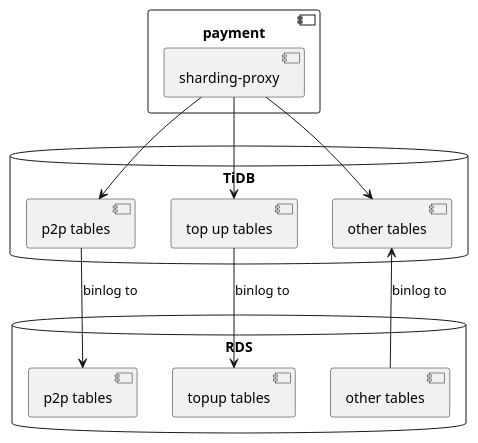
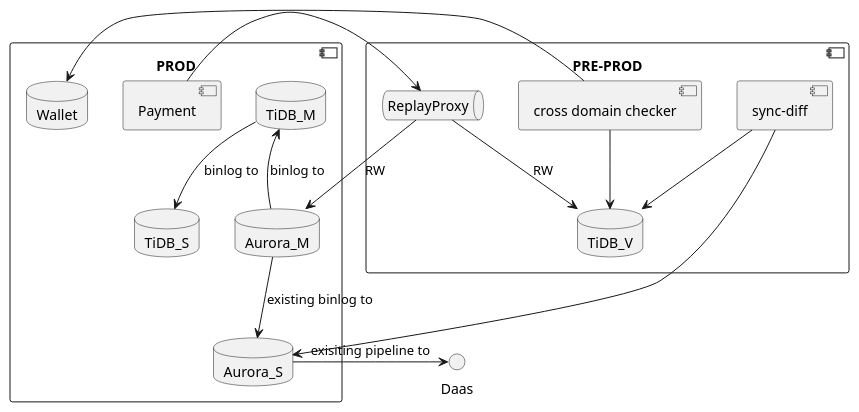
One commit to george24601/notes changed the first of 9 diagrams in mgmt/plan.plantuml. Above: the diagram before and after it, drawn with PlantUML. The commit also changed other lines of this file and 9 other files, not shown here.

```diff
--- a/mgmt/plan.plantuml
+++ b/mgmt/plan.plantuml
@@ -26,26 +1,35 @@
 @startuml
 
-database RDS {
-[p2p tables]
-[topup tables]
-[other tables]
+component [PROD]{
+database Aurora_M
+database Aurora_S
+database TiDB_M
+database TiDB_S
+component Payment
+database Wallet
 }
-database TiDB {
-"p2p tables" as [tidb_p2p]
-"top up tables" as [tidb_topup]
-"other tables" as [tidb_others]
+
+component [PRE-PROD]{
+
+queue ReplayProxy as rp
+database TiDB_V
+[cross domain checker] as dc
+[sync-diff] as sd
 }
 
 
-component [payment] {
-    component [sharding-proxy]
-}
-[sharding-proxy] --> [tidb_others]
-[sharding-proxy] --> [tidb_p2p]
-[sharding-proxy] --> [tidb_topup]
+TiDB_M <-- Aurora_M: binlog to
+TiDB_M --> TiDB_S: binlog to
+Aurora_M --> Aurora_S : existing binlog to
+Aurora_S -> Daas: exisiting pipeline to
+Payment --> rp
+rp --> Aurora_M: RW
+rp --> TiDB_V: RW
 
-[tidb_p2p] --> [p2p tables] : binlog to
-[tidb_topup] --> [topup tables] : binlog to
-[other tables] --> [tidb_others]: binlog to
+dc --> TiDB_V
+dc --> Wallet
+
+sd --> TiDB_V
+sd --> Aurora_S
 
 @enduml
```
